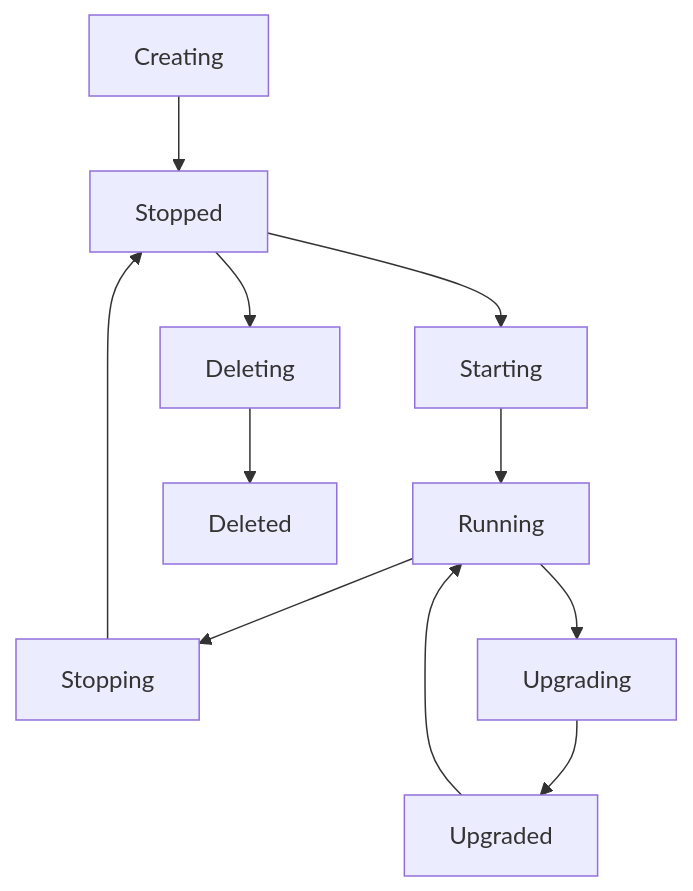
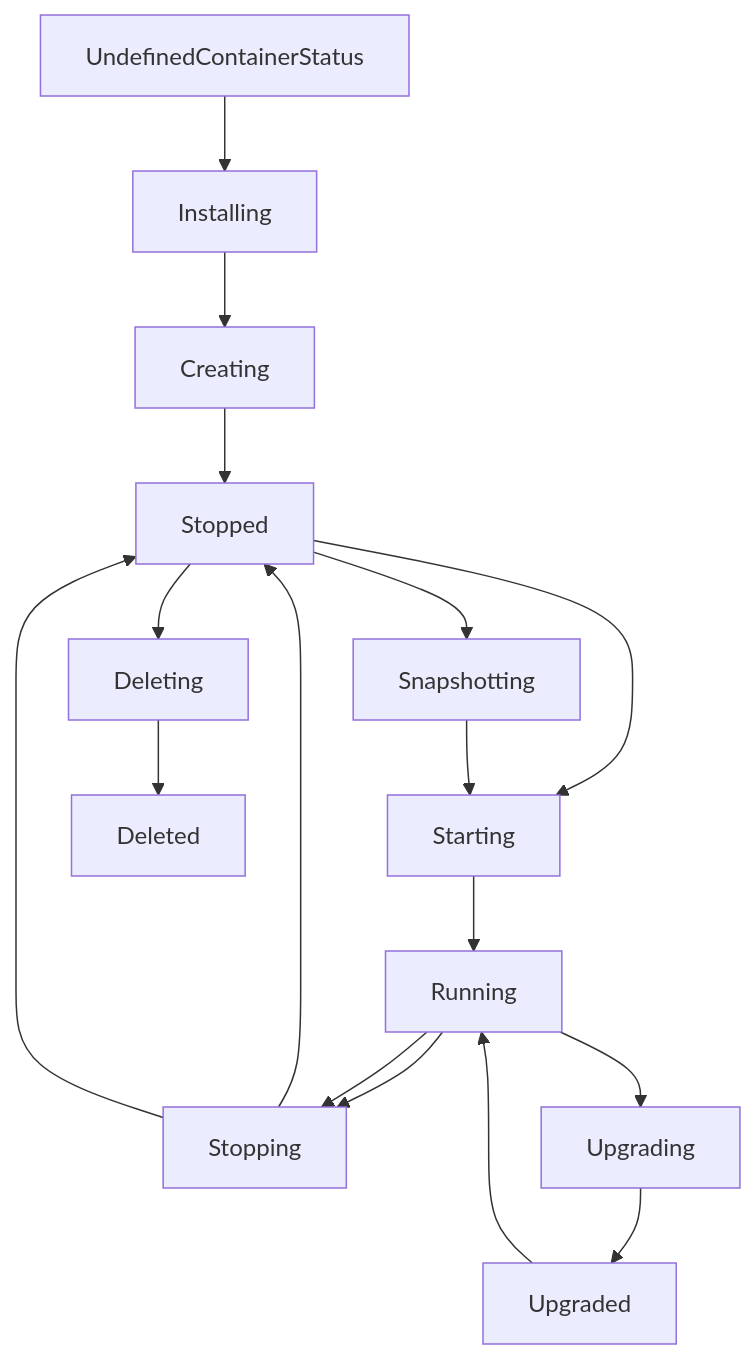
One commit to nodexeus/protobufs changed the diagram in README.md. Above: the diagram before and after it, drawn with Mermaid. The commit also changed other lines of this file and 1 other file, not shown here.

Commit message:
feat: added final list of node states
doc(readme): added new states to state graph

````diff
--- a/README.md
+++ b/README.md
@@ -68,8 +68,10 @@
 ```mermaid
 graph TD;
+    UndefinedContainerStatus --> Installing --> Creating;
     Creating --> Stopped;
     Stopped --> Starting --> Running;
     Running --> Stopping --> Stopped;
     Running --> Upgrading --> Upgraded --> Running;
     Stopped --> Deleting --> Deleted;
+    Running --> Stopping --> Stopped --> Snapshotting --> Starting;
 ```
````
